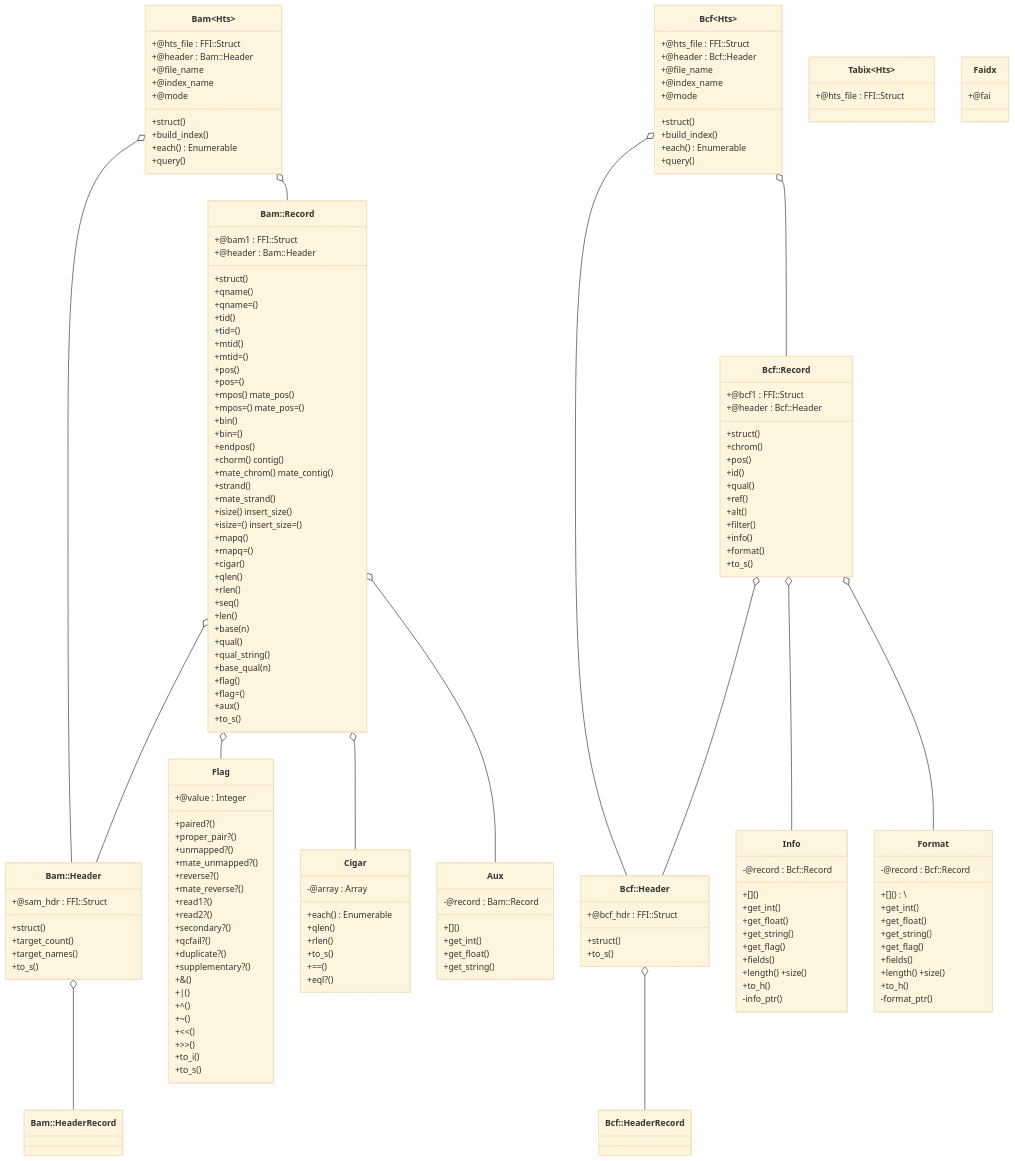
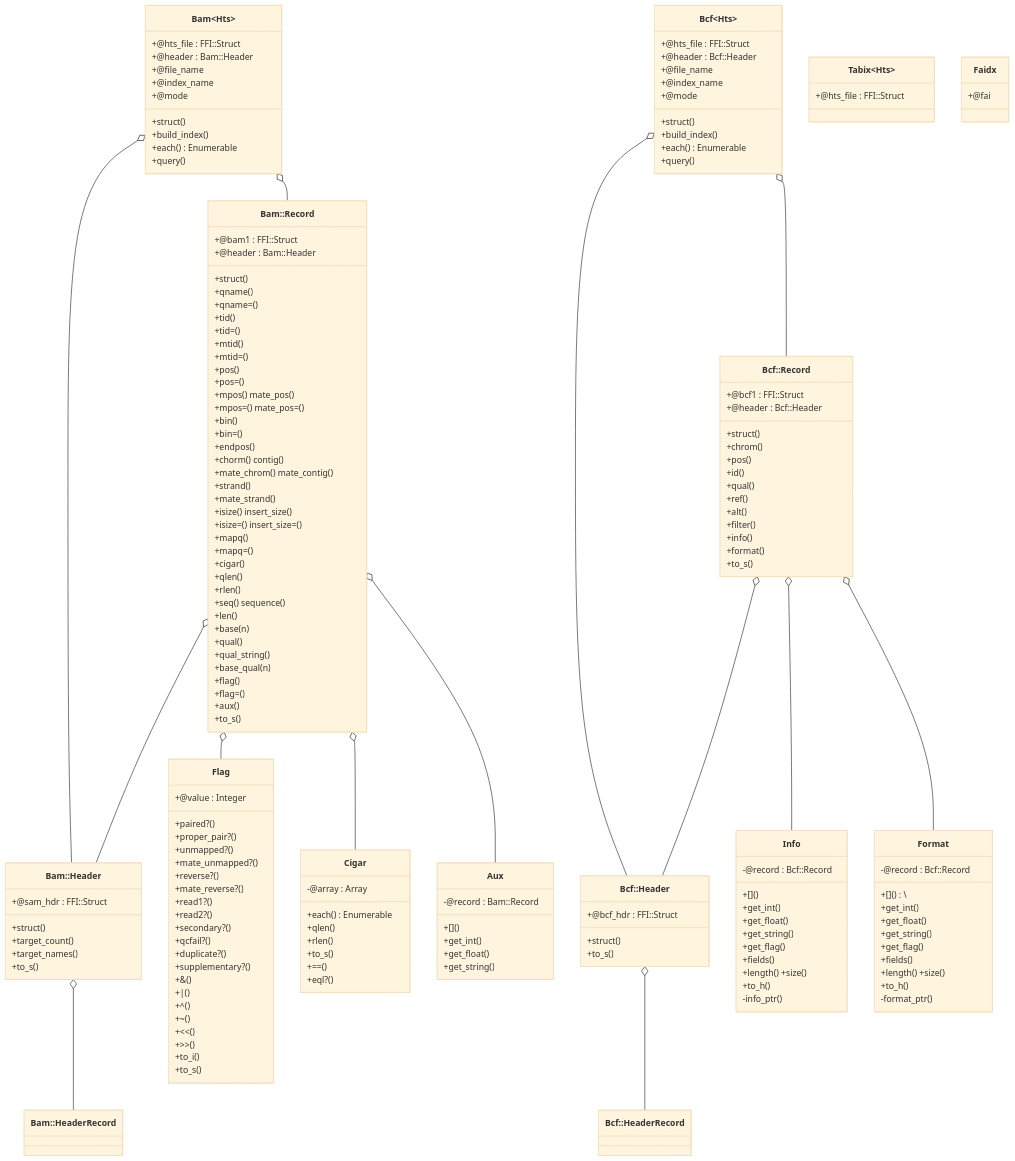
Before and after one commit to kojix2/ruby-htslib: the diagram in TUTORIAL.md, drawn with Mermaid.

```diff
--- a/TUTORIAL.md
+++ b/TUTORIAL.md
@@ -76,7 +76,7 @@
   +cigar()
   +qlen()
   +rlen()
-  +seq()
+  +seq() sequence()
   +len()
   +base(n)
   +qual()
```
